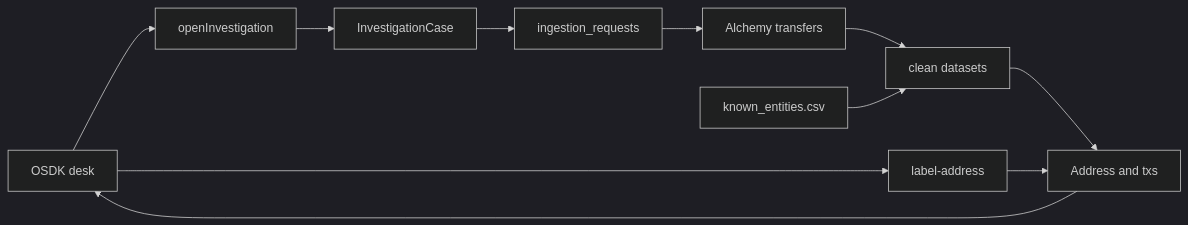
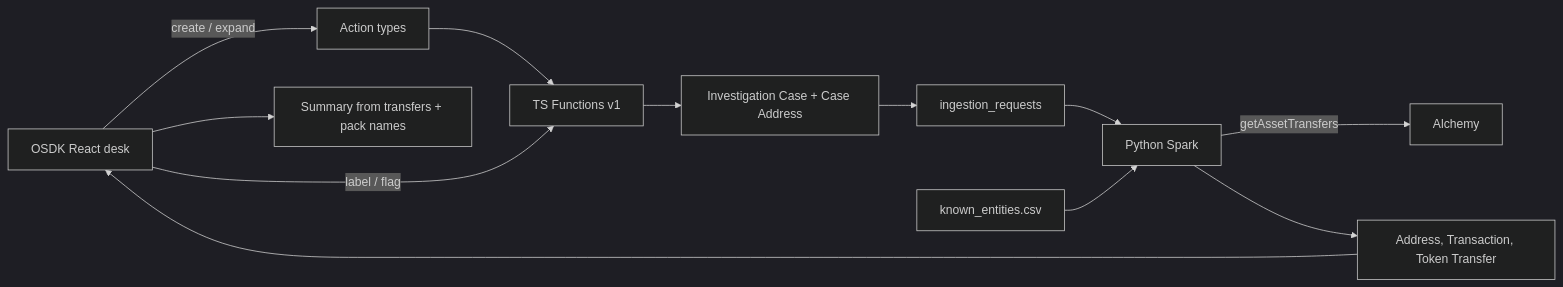
The diagram in docs/architecture.md (ygorz/rensic), drawn with Mermaid (dark theme) before and after one commit. The commit also changed other lines of this file and 20 other files, not shown here.

First line of the commit message:
Rewrite portfolio docs: README and architecture guide.

````diff
--- a/docs/architecture.md
+++ b/docs/architecture.md
@@ -8,13 +13,14 @@
 ```mermaid
 flowchart LR
-  UI[OSDK desk] --> Open[openInvestigation]
-  Open --> Case[InvestigationCase]
+  Desk[OSDK React desk] -->|create / expand| Actions[Action types]
+  Actions --> Fns[TS Functions v1]
+  Fns --> Case[Investigation Case + Case Address]
   Case --> Req[ingestion_requests]
-  Req --> Alc[Alchemy transfers]
-  Alc --> Clean[clean datasets]
-  Pack[known_entities.csv] --> Clean
-  Clean --> Addr[Address and txs]
-  Addr --> UI
-  UI --> Label[label-address]
-  Label --> Addr
+  Req --> Spark[Python Spark]
+  Spark -->|getAssetTransfers| Alchemy[Alchemy]
+  Pack[known_entities.csv] --> Spark
+  Spark --> Objects[Address, Transaction, Token Transfer]
+  Objects --> Desk
+  Desk -->|label / flag| Fns
+  Desk --> Summary[Summary from transfers + pack names]
 ```
````
